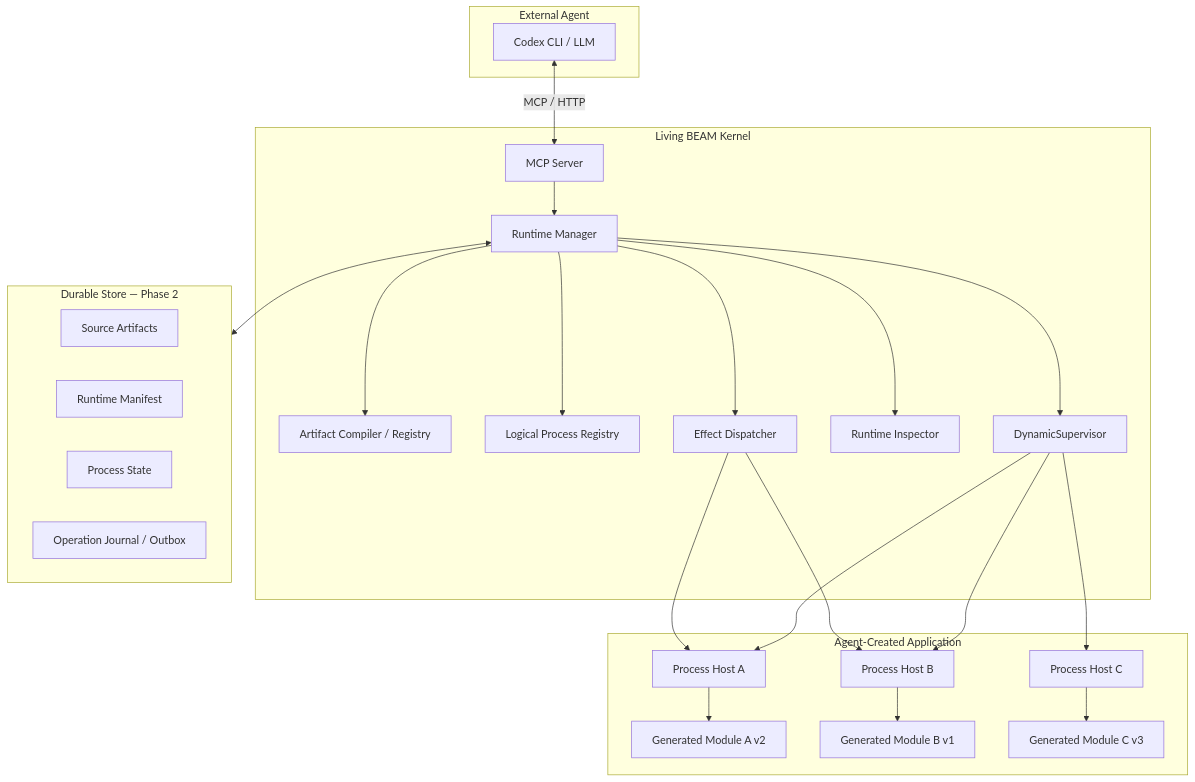
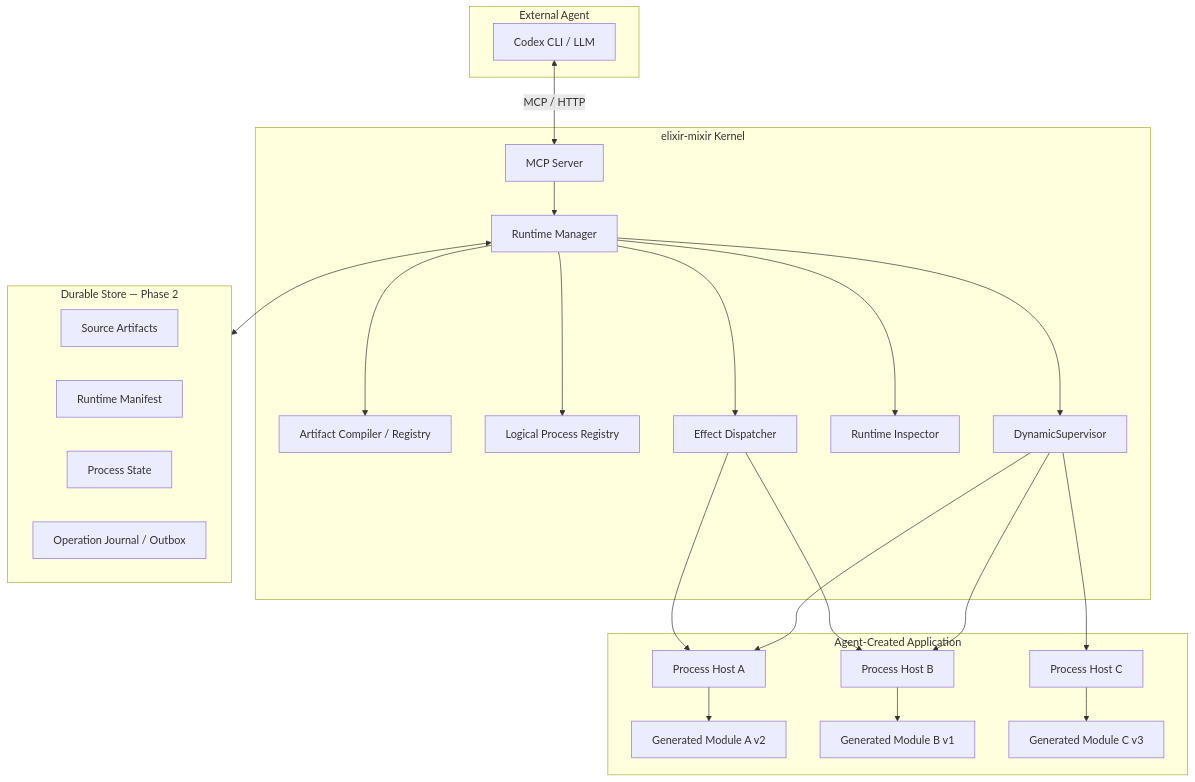
The second of 4 diagrams in docs/prompts/architecture.md (sesopenko/elixir-mixir), drawn with Mermaid before and after one commit. The commit also changed other lines of this file, not shown here.

Commit message:
Rename Living BEAM to elixir-mixir in architecture proposal

````diff
--- a/docs/prompts/architecture.md
+++ b/docs/prompts/architecture.md
@@ -141,50 +141,50 @@
 ```mermaid
 flowchart TB
     subgraph External["External Agent"]
         Codex["Codex CLI / LLM"]
     end
 
-    subgraph Kernel["Living BEAM Kernel"]
+    subgraph Kernel["elixir-mixir Kernel"]
         MCP["MCP Server"]
         Manager["Runtime Manager"]
         Compiler["Artifact Compiler / Registry"]
         ProcessRegistry["Logical Process Registry"]
         Supervisor["DynamicSupervisor"]
         Inspector["Runtime Inspector"]
         Effects["Effect Dispatcher"]
     end
 
     subgraph Evolving["Agent-Created Application"]
         HostA["Process Host A"]
         HostB["Process Host B"]
         HostC["Process Host C"]
         ModuleA["Generated Module A v2"]
         ModuleB["Generated Module B v1"]
         ModuleC["Generated Module C v3"]
 
         HostA --> ModuleA
         HostB --> ModuleB
         HostC --> ModuleC
     end
 
     subgraph Storage["Durable Store — Phase 2"]
         Artifacts["Source Artifacts"]
         Manifest["Runtime Manifest"]
         State["Process State"]
         Journal["Operation Journal / Outbox"]
     end
 
     Codex <-->|"MCP / HTTP"| MCP
     MCP --> Manager
     Manager --> Compiler
     Manager --> ProcessRegistry
     Manager --> Supervisor
     Manager --> Inspector
     Manager --> Effects
     Supervisor --> HostA
     Supervisor --> HostB
     Supervisor --> HostC
     Effects --> HostA
     Effects --> HostB
     Manager <--> Storage
 ```
````
